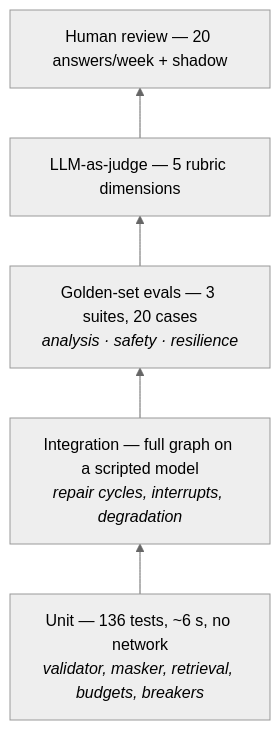
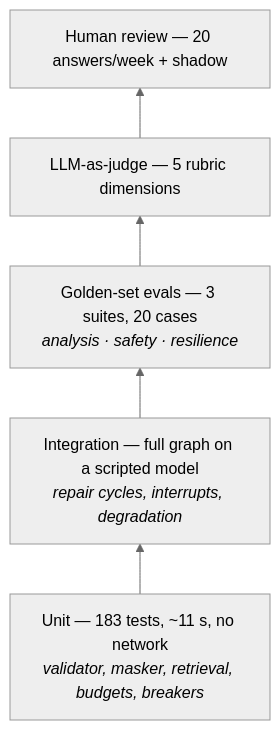
One commit to jeremenkoviccpa/Opsfleet changed the tenth of 11 diagrams in docs/HLD.md. Above: the diagram before and after it, drawn with Mermaid (neutral theme). The commit also changed other lines of this file and 15 other files, not shown here.

````diff
--- a/docs/HLD.md
+++ b/docs/HLD.md
@@ -792,9 +792,9 @@
 ```mermaid
 flowchart BT
-    U["Unit — 136 tests, ~6 s, no network<br/><i>validator, masker, retrieval, budgets, breakers</i>"]
+    U["Unit — 183 tests, ~11 s, no network<br/><i>validator, masker, retrieval, budgets, breakers</i>"]
     I["Integration — full graph on a scripted model<br/><i>repair cycles, interrupts, degradation</i>"]
     E["Golden-set evals — 3 suites, 20 cases<br/><i>analysis · safety · resilience</i>"]
     J["LLM-as-judge — 5 rubric dimensions"]
     H["Human review — 20 answers/week + shadow"]
     U --> I --> E --> J --> H
 ```
````
